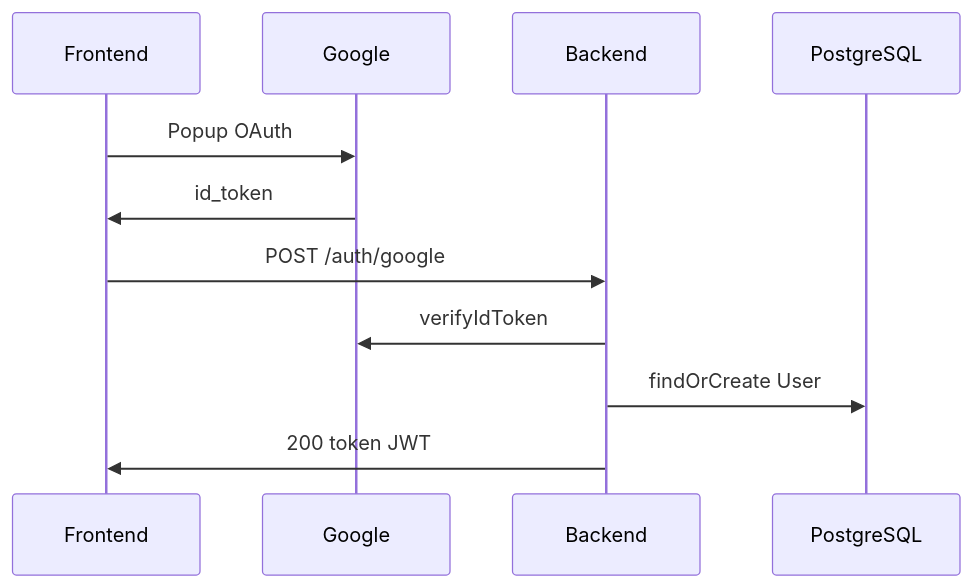
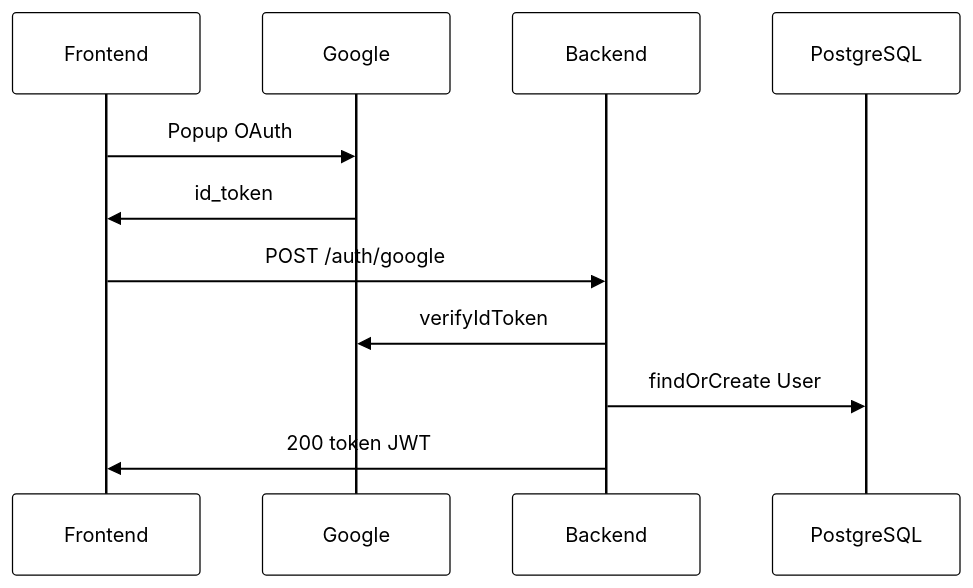
Before and after one commit to Marianamrts/Copia_2026.01-T02_G5_EuAmoPiri_Entrega_04: the third of 3 diagrams in docs/requisitos/RF01-backend/4.4.Autenticacao.md, drawn with Mermaid. The commit also changed other lines of this file and 30 other files, not shown here.

````diff
--- a/docs/requisitos/RF01-backend/4.4.Autenticacao.md
+++ b/docs/requisitos/RF01-backend/4.4.Autenticacao.md
@@ -247,14 +216,15 @@
 ```mermaid
+%%{init: {'theme':'base','themeVariables':{'primaryColor':'#fff','primaryTextColor':'#000','primaryBorderColor':'#000','lineColor':'#000','secondaryColor':'#eee','tertiaryColor':'#fff','clusterBkg':'#fff','clusterBorder':'#000','actorBkg':'#fff','actorBorder':'#000','actorTextColor':'#000'}}}%%
 sequenceDiagram
     participant FE as Frontend
     participant G as Google
     participant BE as Backend
     participant DB as PostgreSQL
 
     FE->>G: Popup OAuth
     G->>FE: id_token
     FE->>BE: POST /auth/google
     BE->>G: verifyIdToken
     BE->>DB: findOrCreate User
     BE->>FE: 200 token JWT
 ```
````
